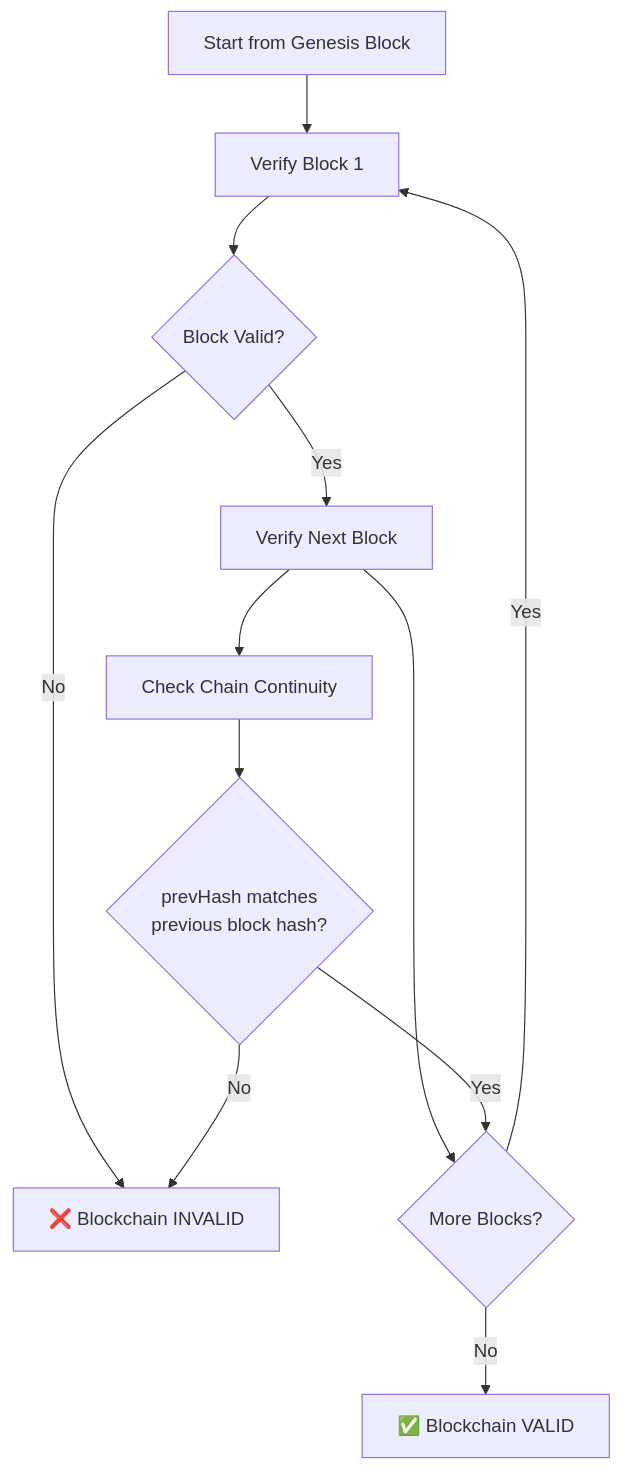
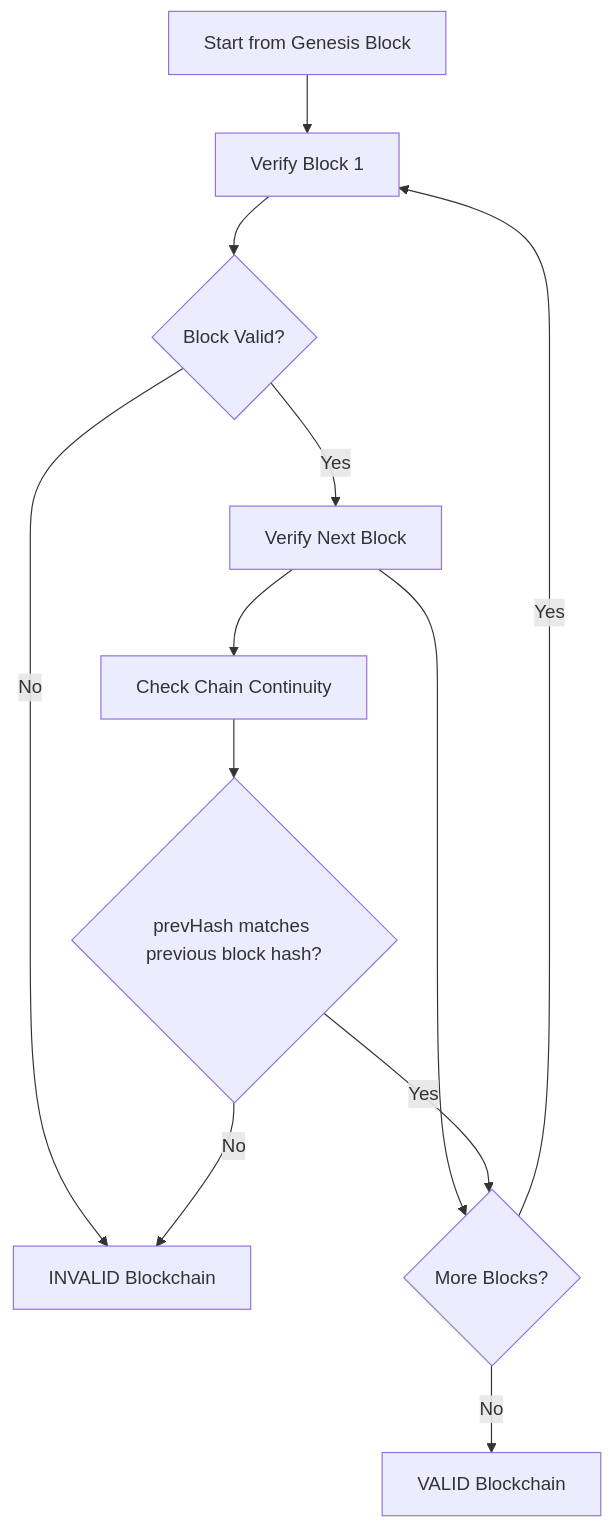
Before and after one commit to trunghc97/blockchain: the seventh of 9 diagrams in System_Design_Document.md, drawn with Mermaid. The commit also changed other lines of this file and 1 other file, not shown here.

````diff
--- a/System_Design_Document.md
+++ b/System_Design_Document.md
@@ -707,15 +707,15 @@
 ```mermaid
 flowchart TD
     A[Start from Genesis Block] --> B[Verify Block 1]
     B --> C{Block Valid?}
-    C -->|No| D[❌ Blockchain INVALID]
+    C -->|No| D[INVALID Blockchain]
     C -->|Yes| E[Verify Next Block]
     E --> F{More Blocks?}
     F -->|Yes| B
-    F -->|No| G[✅ Blockchain VALID]
+    F -->|No| G[VALID Blockchain]
 
     E --> H[Check Chain Continuity]
-    H --> I{prevHash matches<br/>previous block hash?}
+    H --> I{prevHash matches previous block hash?}
     I -->|No| D
     I -->|Yes| F
 ```
````
